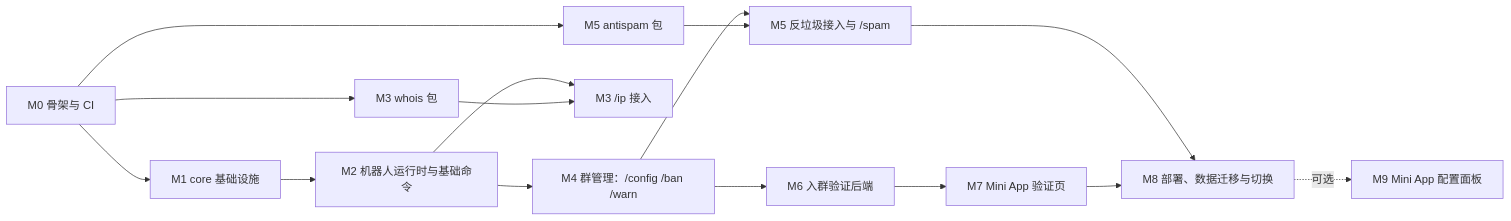
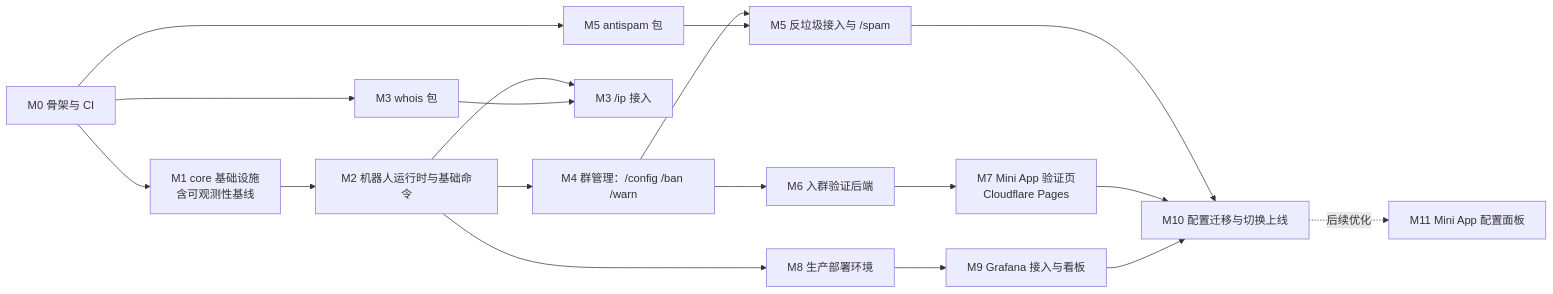
One commit to AkkiaLab/AkkiaBot changed the diagram in docs/migration-plan.md. Above: the diagram before and after it, drawn with Mermaid. The commit also changed other lines of this file and 1 other file, not shown here.

````diff
--- a/docs/migration-plan.md
+++ b/docs/migration-plan.md
@@ -15,17 +32,20 @@
 ```mermaid
 flowchart LR
-    M0[M0 骨架与 CI] --> M1[M1 core 基础设施]
+    M0[M0 骨架与 CI] --> M1[M1 core 基础设施<br/>含可观测性基线]
     M0 --> M3a[M3 whois 包]
     M0 --> M5a[M5 antispam 包]
     M1 --> M2[M2 机器人运行时与基础命令]
     M2 --> M3[M3 /ip 接入]
     M3a --> M3
     M2 --> M4[M4 群管理：/config /ban /warn]
     M4 --> M5[M5 反垃圾接入与 /spam]
     M5a --> M5
     M4 --> M6[M6 入群验证后端]
-    M6 --> M7[M7 Mini App 验证页]
-    M5 --> M8[M8 部署、数据迁移与切换]
-    M7 --> M8
-    M8 -.可选.-> M9[M9 Mini App 配置面板]
+    M6 --> M7[M7 Mini App 验证页<br/>Cloudflare Pages]
+    M2 --> M8[M8 生产部署环境]
+    M8 --> M9[M9 Grafana 接入与看板]
+    M5 --> M10[M10 配置迁移与切换上线]
+    M7 --> M10
+    M9 --> M10
+    M10 -.后续优化.-> M11[M11 Mini App 配置面板]
 ```
````
